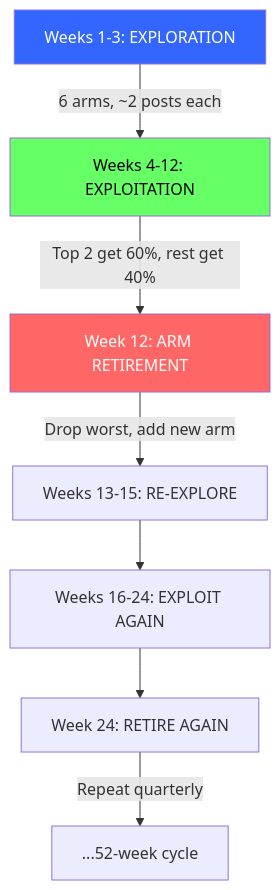
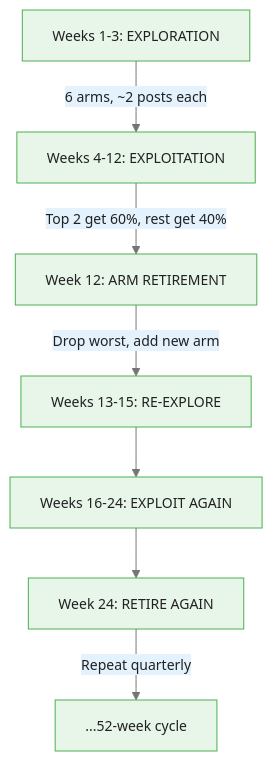
One commit to m-deane/course-creator changed the first of 4 diagrams in courses/multi-armed-bandits-ab-testing/modules/module_04_content_growth_optimization/guides/01_creator_bandit_playbook_slides.md. Above: the diagram before and after it, drawn with Mermaid. The commit also changed other lines of this file and 146 other files, not shown here.

````diff
--- a/courses/multi-armed-bandits-ab-testing/modules/module_04_content_growth_optimization/guides/01_creator_bandit_playbook_slides.md
+++ b/courses/multi-armed-bandits-ab-testing/modules/module_04_content_growth_optimization/guides/01_creator_bandit_playbook_slides.md
@@ -37,13 +44,10 @@
 ```mermaid
+%%{init: {"theme": "base", "themeVariables": {"primaryColor": "#e8f5e9", "primaryBorderColor": "#4caf50", "primaryTextColor": "#212121", "secondaryColor": "#e3f2fd", "tertiaryColor": "#fff8e1", "lineColor": "#757575", "fontFamily": "Inter, sans-serif", "fontSize": "14px"}}}%%
 flowchart TD
     E["Weeks 1-3: EXPLORATION"] --> |"6 arms, ~2 posts each"| Ex["Weeks 4-12: EXPLOITATION"]
     Ex --> |"Top 2 get 60%, rest get 40%"| R["Week 12: ARM RETIREMENT"]
     R --> |"Drop worst, add new arm"| E2["Weeks 13-15: RE-EXPLORE"]
     E2 --> Ex2["Weeks 16-24: EXPLOIT AGAIN"]
     Ex2 --> R2["Week 24: RETIRE AGAIN"]
     R2 --> |"Repeat quarterly"| Cycle["...52-week cycle"]
-
-    style E fill:#36f,color:#fff
-    style Ex fill:#6f6,color:#000
-    style R fill:#f66,color:#fff
 ```
````
